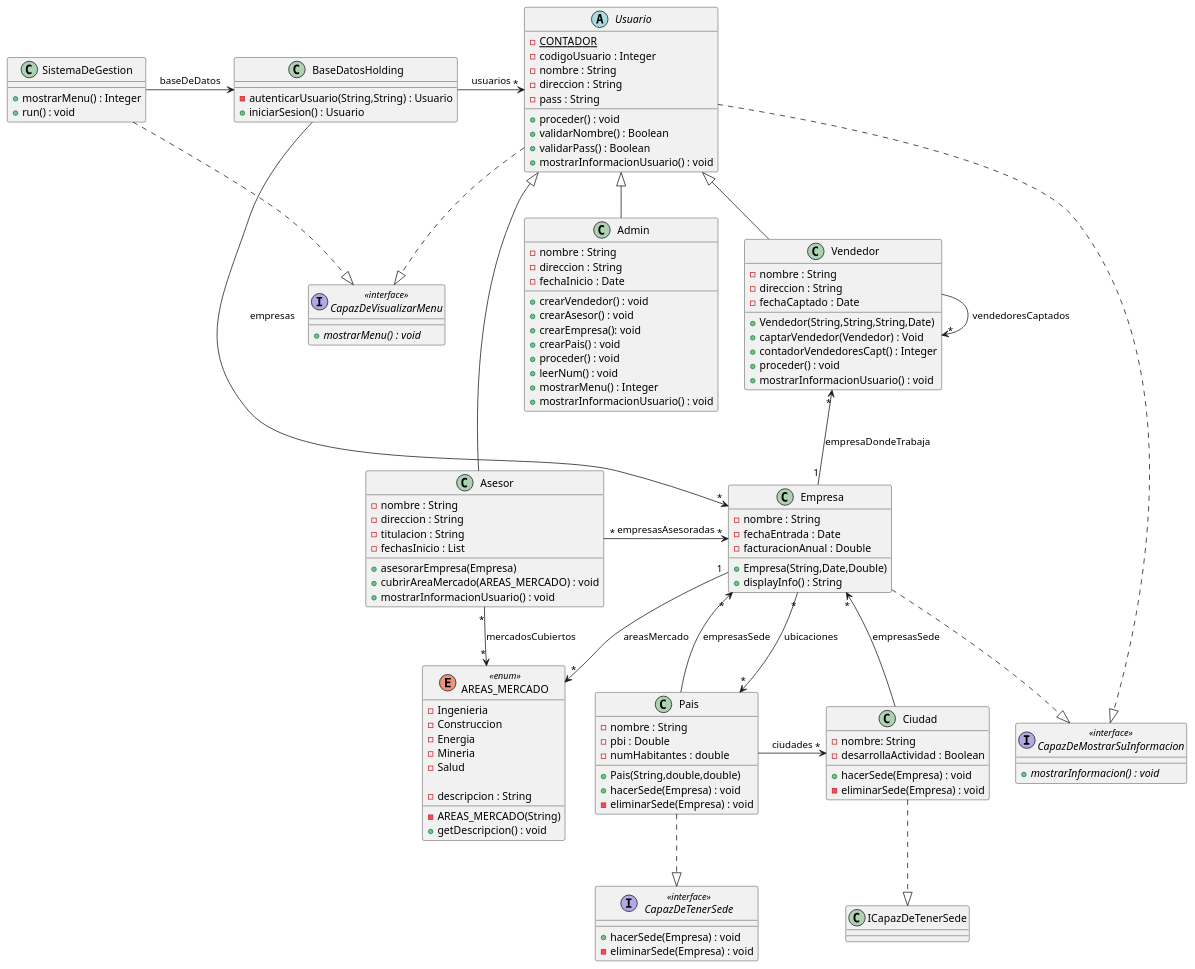
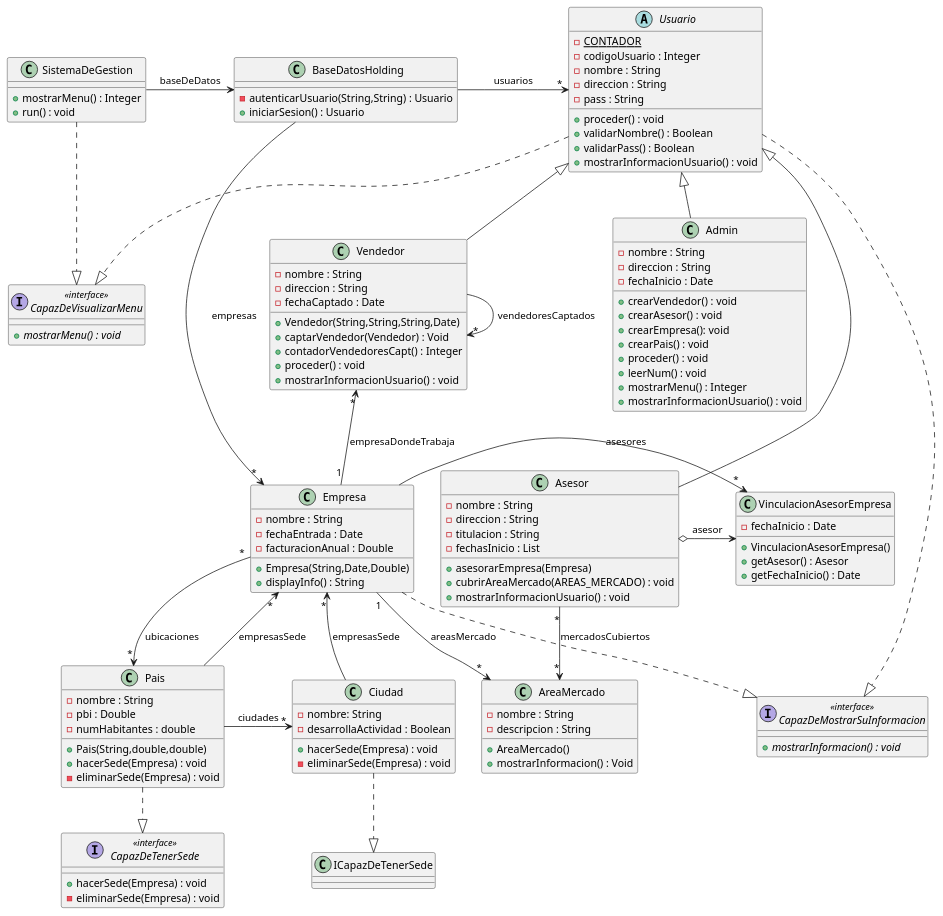
One commit to maxi-stein/Proyecto-Programacion-2 changed the diagram in proyecto-programacion2/src/holding/diagrama-de-clases.puml. Above: the diagram before and after it, drawn with PlantUML. The commit also changed 3 other files, not shown here.

First line of the commit message:
Implementacion de Clase VinculacionEmpresaAsesor

```diff
--- a/proyecto-programacion2/src/holding/diagrama-de-clases.puml
+++ b/proyecto-programacion2/src/holding/diagrama-de-clases.puml
@@ -1,136 +1,140 @@
 @startuml
 class SistemaDeGestion{
 +mostrarMenu() : Integer
 +run() : void
 }
 
 class BaseDatosHolding{
 -autenticarUsuario(String,String) : Usuario
 +iniciarSesion() : Usuario
 }
 
 abstract Usuario{
 -{static} CONTADOR
 -codigoUsuario : Integer
 -nombre : String
 -direccion : String
 -pass : String
 
 +proceder() : void
 +validarNombre() : Boolean
 +validarPass() : Boolean
 +mostrarInformacionUsuario() : void
 }
 
 class Vendedor extends Usuario{
     -nombre : String
     -direccion : String
     -fechaCaptado : Date
     +Vendedor(String,String,String,Date)
     +captarVendedor(Vendedor) : Void
     +contadorVendedoresCapt() : Integer
     +proceder() : void
     +mostrarInformacionUsuario() : void
 
 }
 
 class Empresa{
     -nombre : String
     -fechaEntrada : Date
     -facturacionAnual : Double
     +Empresa(String,Date,Double)
     +displayInfo() : String
 }
 
-enum  AREAS_MERCADO <<enum>> {
-    -Ingenieria
-    -Construccion
-    -Energia
-    -Mineria
-    -Salud
-
+class AreaMercado {
+    -nombre : String
     -descripcion : String
 
-    -AREAS_MERCADO(String)
-    +getDescripcion() : void
+    +AreaMercado()
+    +mostrarInformacion() : Void
+}
 
+class Asesor extends Usuario{
+-nombre : String
+-direccion : String
+-titulacion : String
+-fechasInicio : List
++asesorarEmpresa(Empresa)
++cubrirAreaMercado(AREAS_MERCADO) : void
++mostrarInformacionUsuario() : void
+}
+
+class VinculacionAsesorEmpresa{
+    -fechaInicio : Date
+
+    +VinculacionAsesorEmpresa()
+    +getAsesor() : Asesor
+    +getFechaInicio() : Date
+}
+
+class Admin extends Usuario{
+-nombre : String
+-direccion : String
+-fechaInicio : Date
++crearVendedor() : void
++crearAsesor() : void
++crearEmpresa(): void
++crearPais() : void
++proceder() : void
++leerNum() : void
++mostrarMenu() : Integer
++mostrarInformacionUsuario() : void
 }
 
 class Pais{
     -nombre : String
     -pbi : Double
     -numHabitantes : double
 
     +Pais(String,double,double)
     +hacerSede(Empresa) : void
     -eliminarSede(Empresa) : void
 }
 
 class Ciudad{
     -nombre: String
     -desarrollaActividad : Boolean
 
     +hacerSede(Empresa) : void
     -eliminarSede(Empresa) : void
 }
 
 interface CapazDeTenerSede <<interface>>{
     +hacerSede(Empresa) : void
     -eliminarSede(Empresa) : void
 }
 
 interface CapazDeVisualizarMenu <<interface>>{
     +{abstract} mostrarMenu() : void
 }
 
 interface CapazDeMostrarSuInformacion <<interface>>{
     +{abstract} mostrarInformacion() : void
 }
 
-class Asesor extends Usuario{
--nombre : String
--direccion : String
--titulacion : String
--fechasInicio : List
-+asesorarEmpresa(Empresa)
-+cubrirAreaMercado(AREAS_MERCADO) : void
-+mostrarInformacionUsuario() : void
 
-}
-
-class Admin extends Usuario{
--nombre : String
--direccion : String
--fechaInicio : Date
-+crearVendedor() : void
-+crearAsesor() : void
-+crearEmpresa(): void
-+crearPais() : void
-+proceder() : void
-+leerNum() : void
-+mostrarMenu() : Integer
-+mostrarInformacionUsuario() : void
-}
 
 
 SistemaDeGestion -> BaseDatosHolding : "baseDeDatos"
 SistemaDeGestion -.|> CapazDeVisualizarMenu
 BaseDatosHolding -> "*" Usuario : usuarios
 BaseDatosHolding -> "*" Empresa : empresas
 Usuario -.|> CapazDeVisualizarMenu
 Usuario -.|> CapazDeMostrarSuInformacion
 Vendedor "*"<-- "1" Empresa : empresaDondeTrabaja
 Vendedor -> "*" Vendedor : vendedoresCaptados
-Empresa "1"--> "*" AREAS_MERCADO : areasMercado
+Empresa "1"--> "*" AreaMercado : areasMercado
 Empresa "*" --> "*" Pais : ubicaciones
 Empresa -.|> CapazDeMostrarSuInformacion
+Empresa -> "*" VinculacionAsesorEmpresa : asesores
 Pais -> "*" Ciudad : ciudades
 Pais -.|> CapazDeTenerSede
 Pais --> "*" Empresa : empresasSede
 Ciudad -.|> ICapazDeTenerSede
 Ciudad --> "*" Empresa : empresasSede
-Asesor "*"--> "*" AREAS_MERCADO : mercadosCubiertos
-Asesor "*" -> "*" Empresa : empresasAsesoradas
+Asesor "*"--> "*" AreaMercado : mercadosCubiertos
+Asesor o-> VinculacionAsesorEmpresa : asesor
 
 
 @enduml
```
